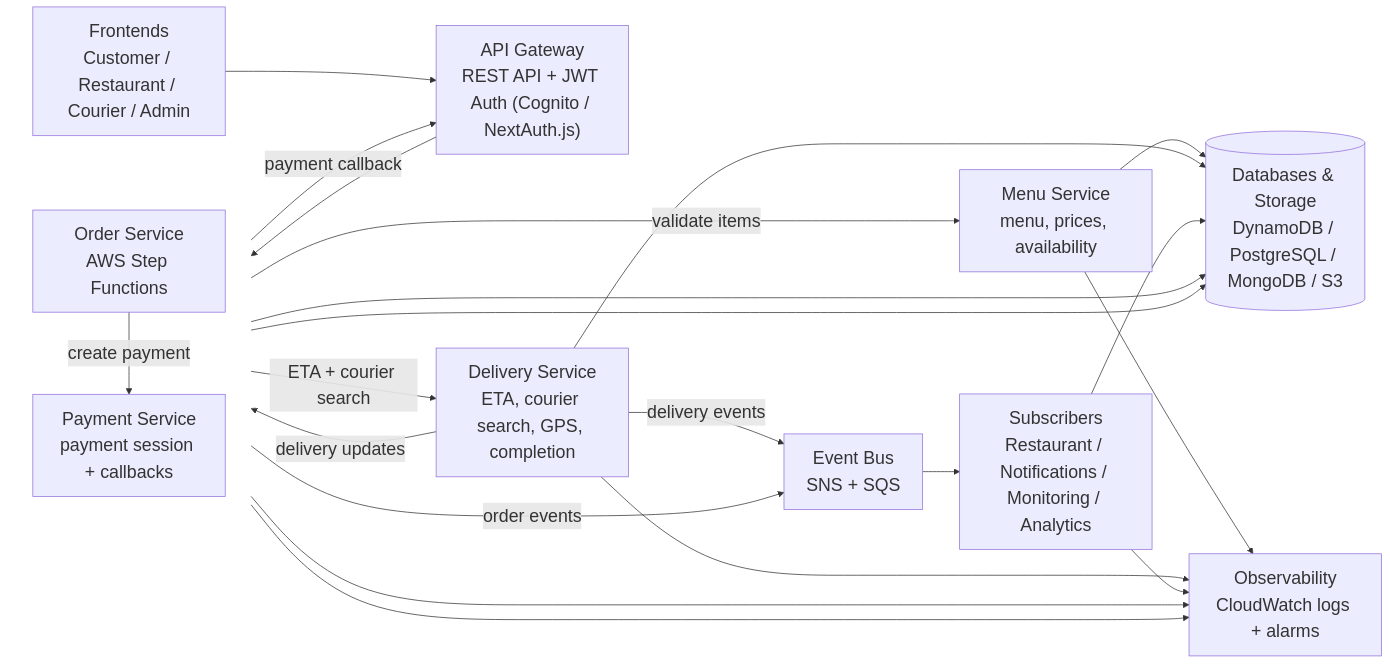
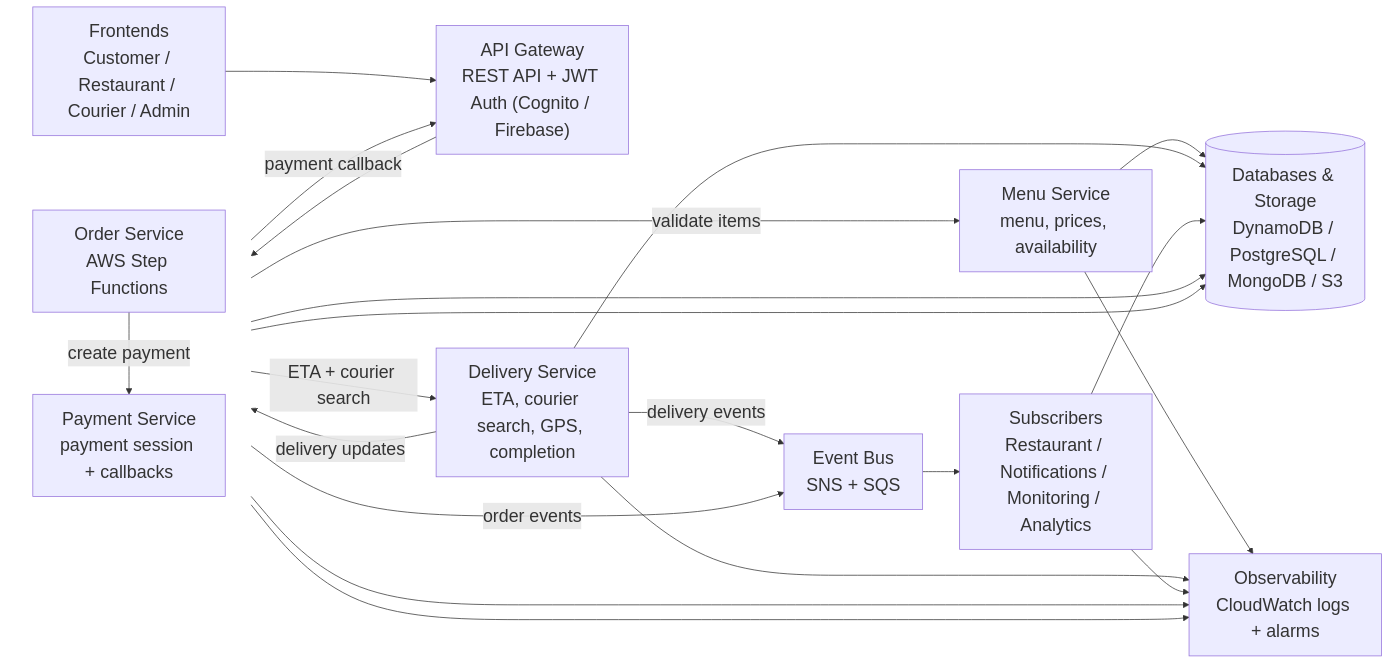
One commit to food-delivery-platform/docs changed the second of 10 diagrams in ARCHITECTURE.md. Above: the diagram before and after it, drawn with Mermaid. The commit also changed other lines of this file and 2 other files, not shown here.

````diff
--- a/ARCHITECTURE.md
+++ b/ARCHITECTURE.md
@@ -113,54 +114,54 @@
 ```mermaid
 %%{init: {"theme":"default","themeVariables":{"fontSize":"24px"}}}%%
 flowchart LR
 
 FR["Frontends\nCustomer / Restaurant / Courier / Admin"]
 
-ENTRY["API Gateway\nREST API + JWT Auth (Cognito / NextAuth.js)"]
+ENTRY["API Gateway\nREST API + JWT Auth (Cognito / Firebase)"]
 
 subgraph OrderServiceStack[" "]
 direction TB
 PS["Payment Service\npayment session + callbacks"]
 OS["Order Service\nAWS Step Functions"]
 end
 
 CS["Menu Service\nmenu, prices, availability"]
 
 DS["Delivery Service\nETA, courier search, GPS, completion"]
 
 BUS["Event Bus\nSNS + SQS"]
 
 SUB["Subscribers\nRestaurant / Notifications / Monitoring / Analytics"]
 
 DATA[("Databases & Storage\nDynamoDB / PostgreSQL / MongoDB / S3")]
 
 OBS["Observability\nCloudWatch logs + alarms"]
 
 FR --> ENTRY
 ENTRY --> OS
 
 OS -->|"validate items"| CS
 OS -->|"create payment"| PS
 PS -->|"payment callback"| ENTRY
 
 OS -->|"ETA + courier search"| DS
 DS -->|"delivery updates"| OS
 
 OS -->|"order events"| BUS
 DS -->|"delivery events"| BUS
 BUS --> SUB
 
 OS --> DATA
 CS --> DATA
 PS --> DATA
 DS --> DATA
 SUB --> DATA
 
 OS --> OBS
 CS --> OBS
 PS --> OBS
 DS --> OBS
 SUB --> OBS
 
 style OrderServiceStack fill:transparent,stroke:transparent,color:transparent
 ```
````
